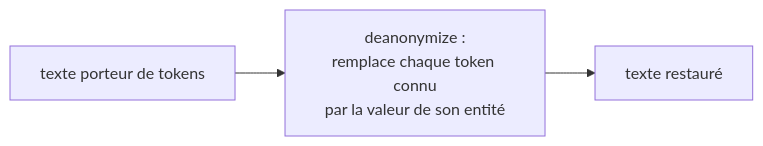
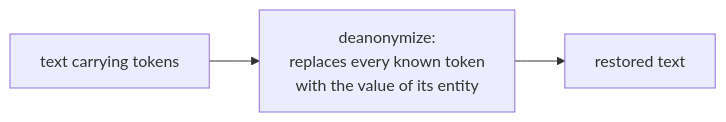
Before and after one commit to Athroniaeth/piighost: the fourth of 4 diagrams in docs/en/conception.md, drawn with Mermaid. The commit also changed other lines of this file and 77 other files, not shown here.

````diff
--- a/docs/en/conception.md
+++ b/docs/en/conception.md
@@ -209,4 +209,4 @@
 ```mermaid
 flowchart LR
-    IN["texte porteur de tokens"] --> D["deanonymize :\nremplace chaque token connu\npar la valeur de son entité"] --> OUT["texte restauré"]
+    IN["text carrying tokens"] --> D["deanonymize:\nreplaces every known token\nwith the value of its entity"] --> OUT["restored text"]
 ```
````
